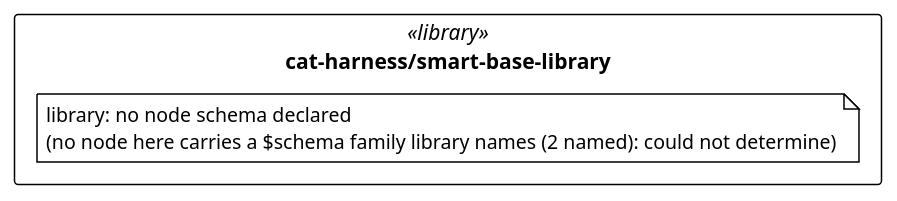
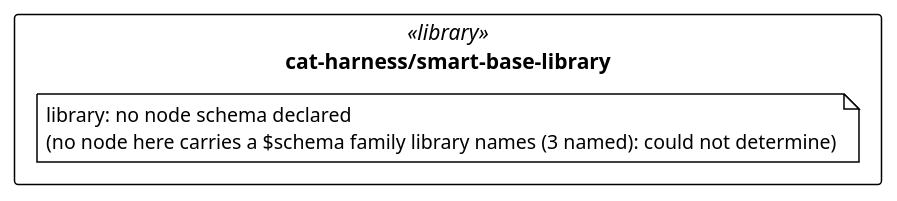
One commit to litlfred/folio-assistant changed the diagram in cat-harness/uml/overview/cat-harness/smart-base-library.puml. Above: the diagram before and after it, drawn with PlantUML. The commit also changed 133 other files, not shown here.

```diff
--- a/cat-harness/uml/overview/cat-harness/smart-base-library.puml
+++ b/cat-harness/uml/overview/cat-harness/smart-base-library.puml
@@ -3,13 +3,13 @@
 @startuml cat_harness_smart_base_library
 !pragma layout elk
 !theme plain
 skinparam classAttributeIconSize 0
 skinparam shadowing false
 skinparam packageStyle rectangle
 hide empty methods
 
 package "cat-harness/smart-base-library" as pkg_cat_harness_smart_base_library <<library>> {
-  note "library: no node schema declared\n(no node here carries a $schema family library names (2 named): could not determine)" as n_cat_harness_smart_base_library_library
+  note "library: no node schema declared\n(no node here carries a $schema family library names (3 named): could not determine)" as n_cat_harness_smart_base_library_library
 }
 
 @enduml
```
